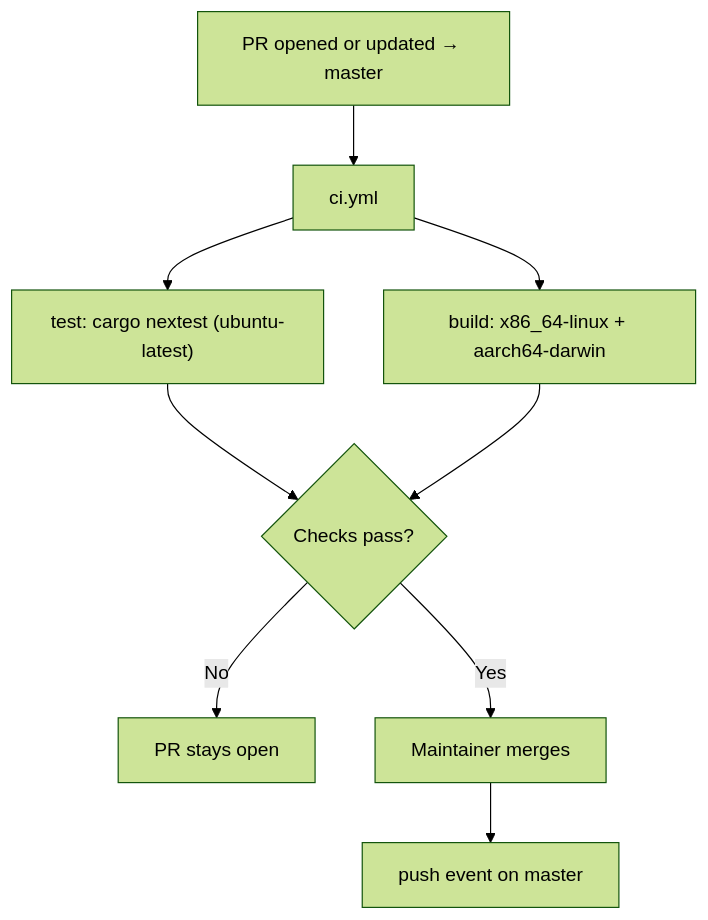
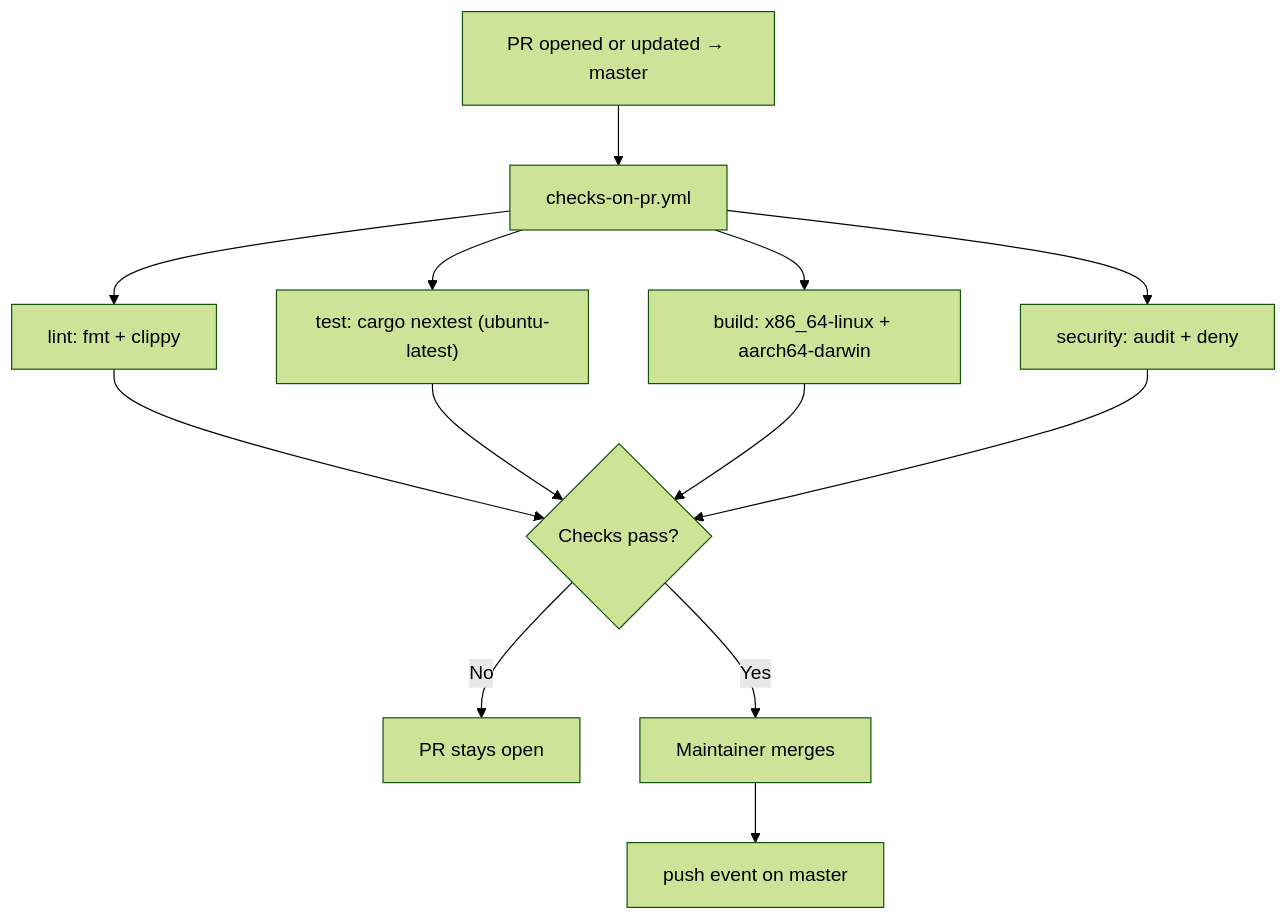
Before and after one commit to hahaxunv2/zeroclaw: the first of 3 diagrams in .github/workflows/master-branch-flow.md, drawn with Mermaid (forest theme). The commit also changed other lines of this file and 7 other files, not shown here.

First line of the commit message:
ci(workflows): rename workflow files and add lint + security jobs

````diff
--- a/.github/workflows/master-branch-flow.md
+++ b/.github/workflows/master-branch-flow.md
@@ -88,10 +90,12 @@
 ```mermaid
 flowchart TD
-  A["PR opened or updated → master"] --> B["ci.yml"]
+  A["PR opened or updated → master"] --> B["checks-on-pr.yml"]
+  B --> B0["lint: fmt + clippy"]
   B --> B1["test: cargo nextest (ubuntu-latest)"]
   B --> B2["build: x86_64-linux + aarch64-darwin"]
-  B1 & B2 --> C{"Checks pass?"}
+  B --> B3["security: audit + deny"]
+  B0 & B1 & B2 & B3 --> C{"Checks pass?"}
   C -->|No| D["PR stays open"]
   C -->|Yes| E["Maintainer merges"]
   E --> F["push event on master"]
 ```
````
